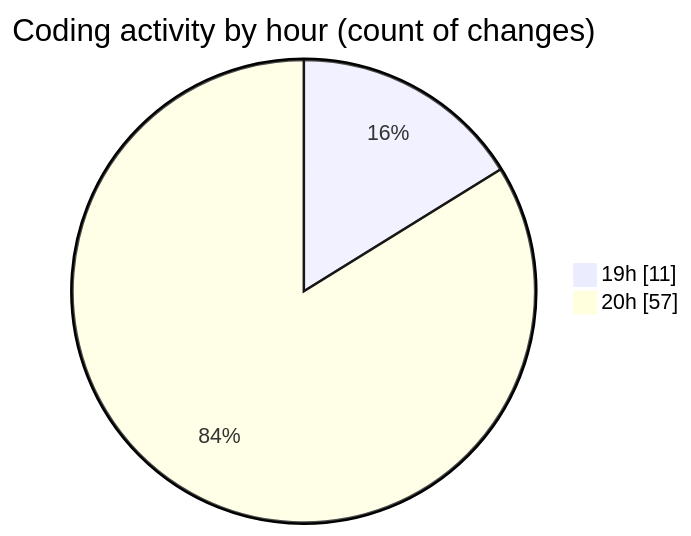
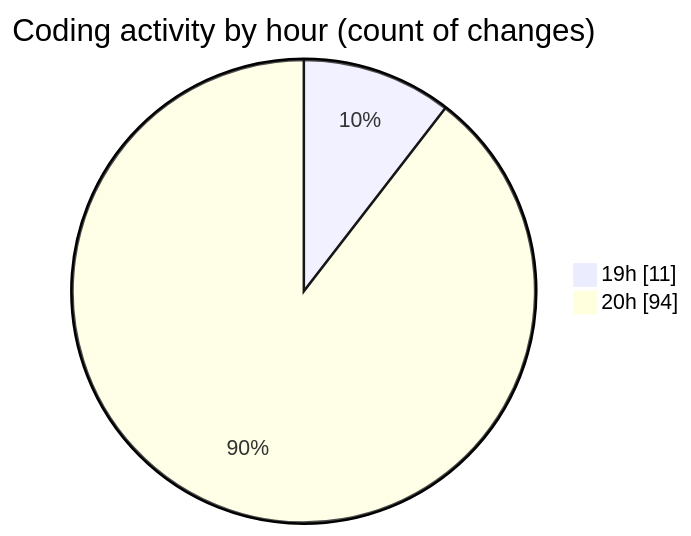
One commit to Netris89/code-tracking changed the second of 2 diagrams in 2025-04-03/back-end/README.md. Above: the diagram before and after it, drawn with Mermaid. The commit also changed other lines of this file and 1 other file, not shown here.

````diff
--- a/2025-04-03/back-end/README.md
+++ b/2025-04-03/back-end/README.md
@@ -31,6 +69,6 @@
 ```mermaid
 pie showData
 title Coding activity by hour (count of changes)
 "19h" : 11
-"20h" : 57
+"20h" : 94
 ```
````
